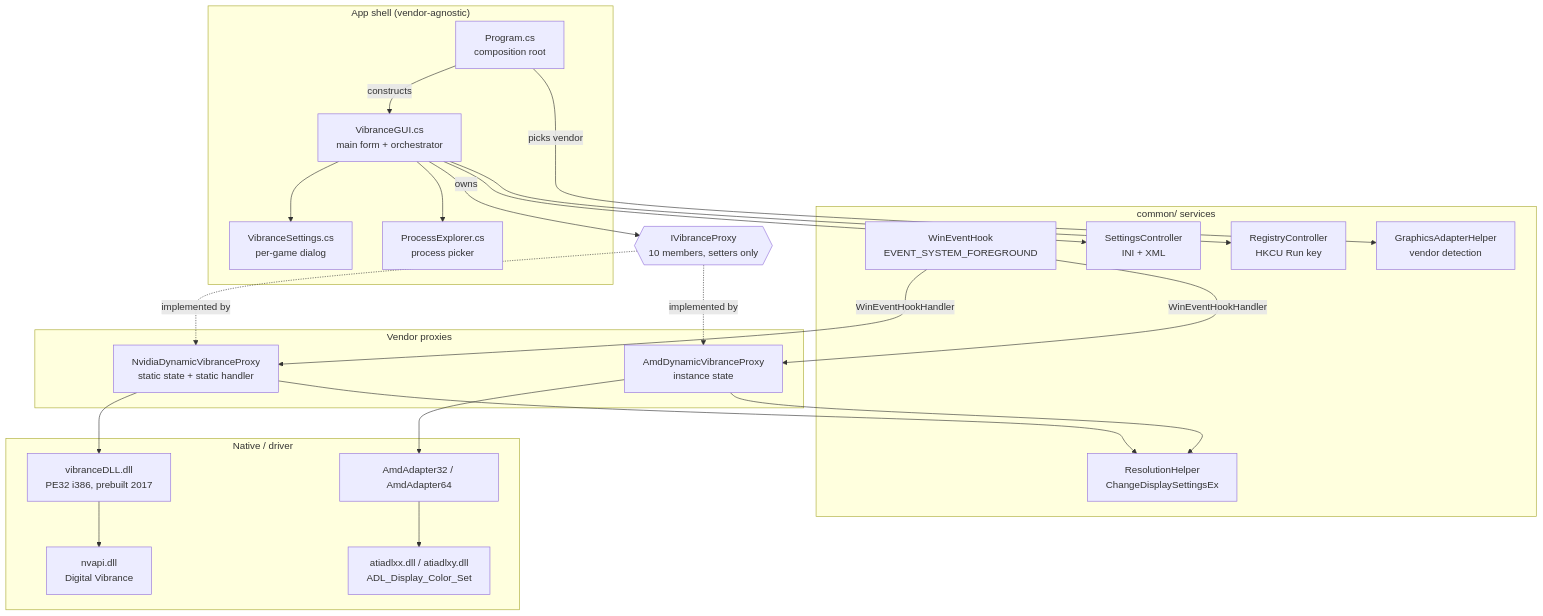
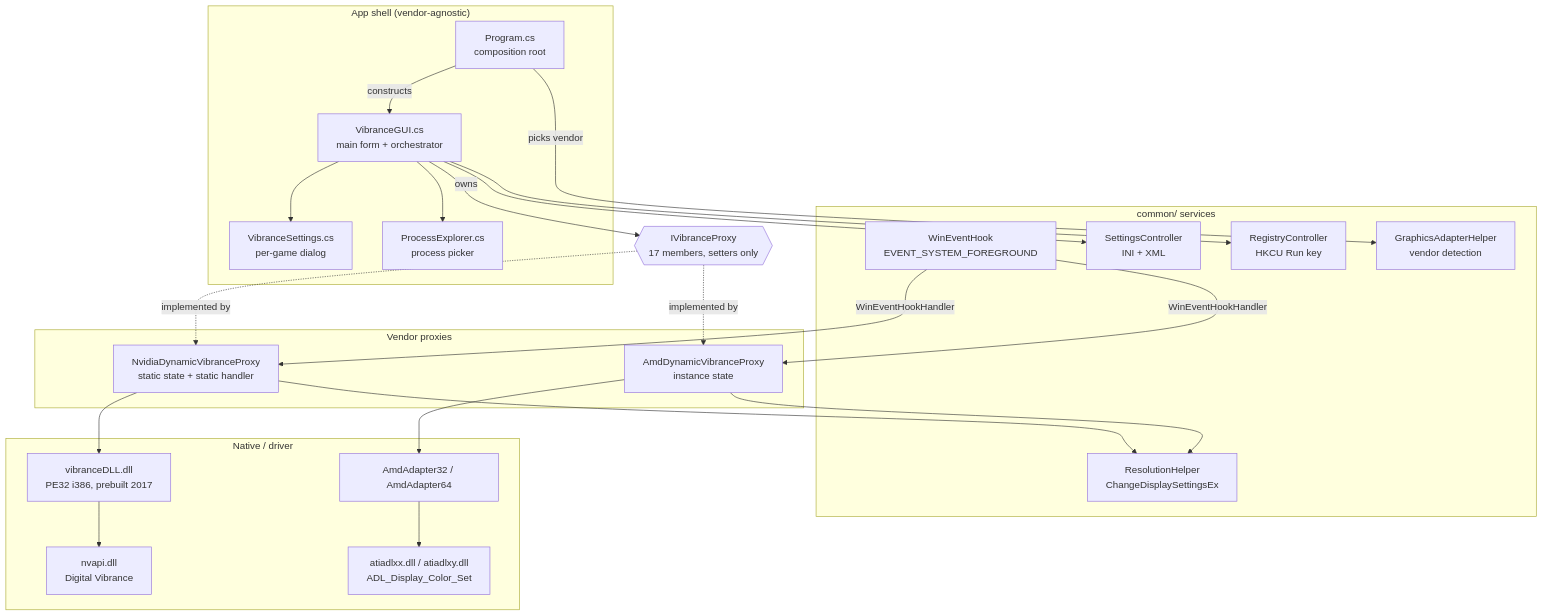
Before and after one commit to SwatX18/vibranceGUI: the first of 4 diagrams in docs/CODEBASE_GUIDE.md, drawn with Mermaid. The commit also changed other lines of this file, not shown here.

````diff
--- a/docs/CODEBASE_GUIDE.md
+++ b/docs/CODEBASE_GUIDE.md
@@ -411,47 +492,47 @@
 ```mermaid
 graph TD
     subgraph shell["App shell (vendor-agnostic)"]
         P["Program.cs<br/>composition root"]
         VG["VibranceGUI.cs<br/>main form + orchestrator"]
         VS["VibranceSettings.cs<br/>per-game dialog"]
         PE["ProcessExplorer.cs<br/>process picker"]
     end
 
     subgraph common["common/ services"]
         WEH["WinEventHook<br/>EVENT_SYSTEM_FOREGROUND"]
         SC["SettingsController<br/>INI + XML"]
         RC["RegistryController<br/>HKCU Run key"]
         RH["ResolutionHelper<br/>ChangeDisplaySettingsEx"]
         GA["GraphicsAdapterHelper<br/>vendor detection"]
     end
 
-    IVP{{"IVibranceProxy<br/>10 members, setters only"}}
+    IVP{{"IVibranceProxy<br/>17 members, setters only"}}
 
     subgraph vendor["Vendor proxies"]
         NV["NvidiaDynamicVibranceProxy<br/>static state + static handler"]
         AMD["AmdDynamicVibranceProxy<br/>instance state"]
     end
 
     subgraph native["Native / driver"]
         DLL["vibranceDLL.dll<br/>PE32 i386, prebuilt 2017"]
         NVAPI["nvapi.dll<br/>Digital Vibrance"]
         ADLA["AmdAdapter32 / AmdAdapter64"]
         ADL["atiadlxx.dll / atiadlxy.dll<br/>ADL_Display_Color_Set"]
     end
 
     P -->|"picks vendor"| GA
     P -->|"constructs"| VG
     VG -->|"owns"| IVP
     VG --> SC
     VG --> RC
     VG --> VS
     VG --> PE
     IVP -.implemented by.-> NV
     IVP -.implemented by.-> AMD
     NV --> DLL --> NVAPI
     AMD --> ADLA --> ADL
     WEH -->|"WinEventHookHandler"| NV
     WEH -->|"WinEventHookHandler"| AMD
     NV --> RH
     AMD --> RH
 ```
````
